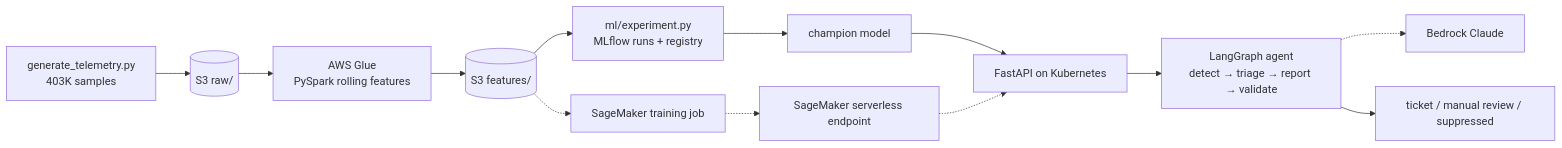
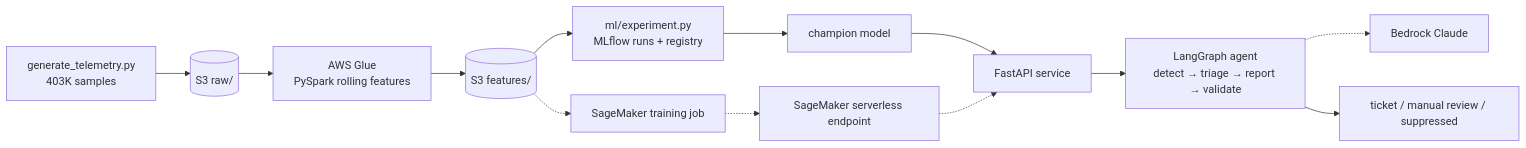
The diagram in README.md (sumanthmeti/network-ops-intelligence-copilot), drawn with Mermaid before and after one commit. The commit also changed other lines of this file and 1 other file, not shown here.

First line of the commit message:
CI: drop Docker image build and Kubernetes deploy for now

````diff
--- a/README.md
+++ b/README.md
@@ -5,15 +5,15 @@
 ```mermaid
 flowchart LR
   G[generate_telemetry.py<br/>403K samples] --> S3raw[(S3 raw/)]
   S3raw --> Glue[AWS Glue<br/>PySpark rolling features]
   Glue --> S3f[(S3 features/)]
   S3f --> Exp[ml/experiment.py<br/>MLflow runs + registry]
   S3f -.-> SM[SageMaker training job]
   Exp --> Model[champion model]
   SM -.-> EP[SageMaker serverless endpoint]
-  Model --> API[FastAPI on Kubernetes]
+  Model --> API[FastAPI service]
   EP -.-> API
   API --> Agent[LangGraph agent<br/>detect → triage → report → validate]
   Agent -.-> BR[Bedrock Claude]
   Agent --> Out[ticket / manual review / suppressed]
 ```
````
